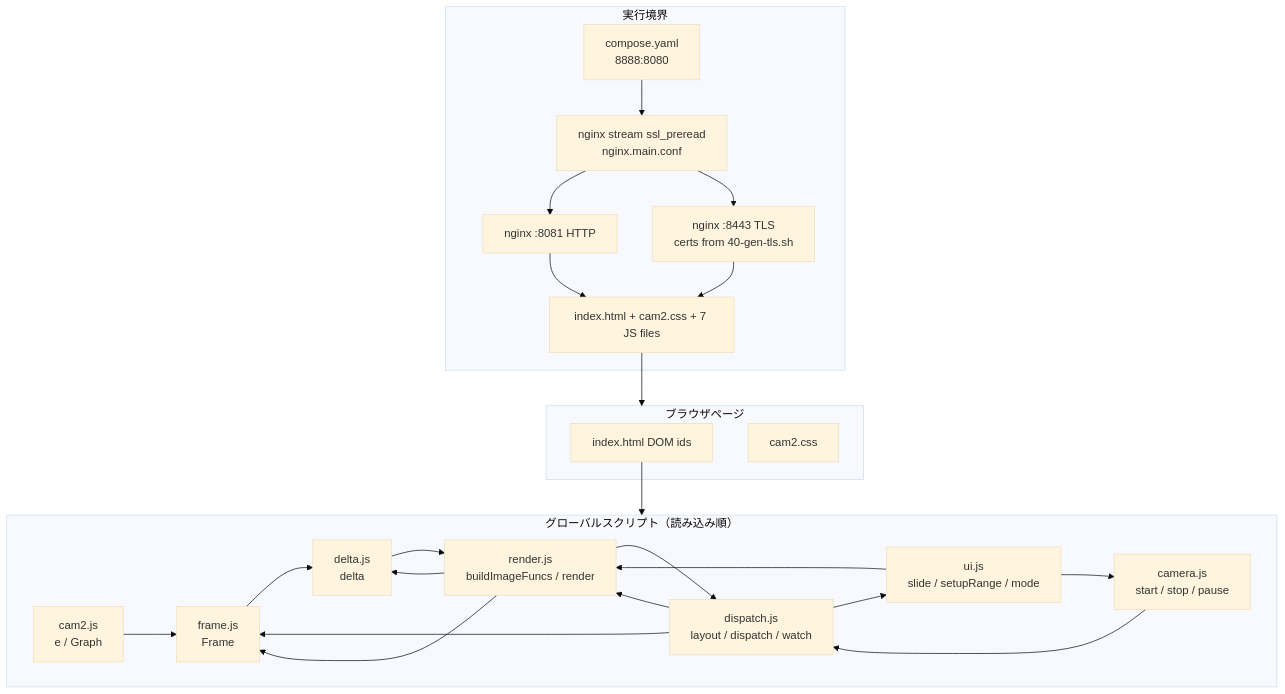
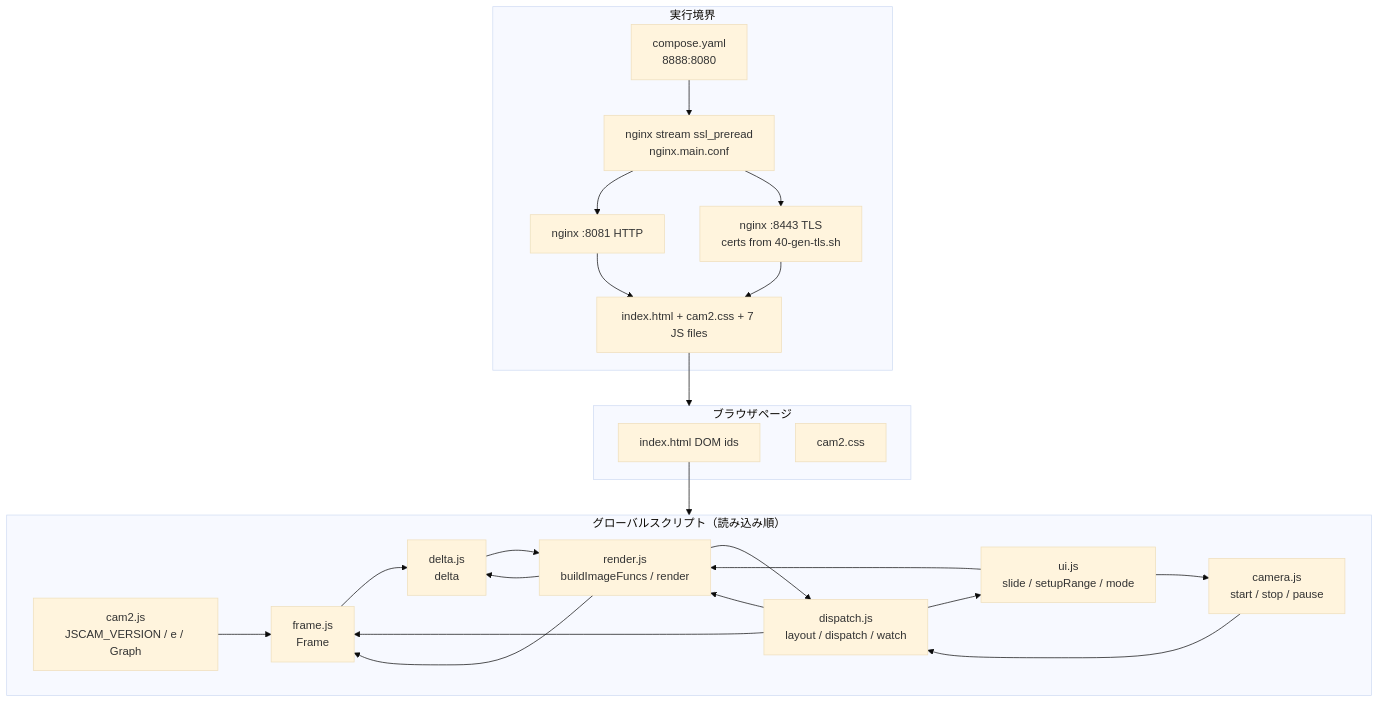
Before and after one commit to mfujimoto-code/JSCam: the first of 4 diagrams in jscam/cam2-design.md, drawn with Mermaid (base theme). The commit also changed other lines of this file and 5 other files, not shown here.

````diff
--- a/jscam/cam2-design.md
+++ b/jscam/cam2-design.md
@@ -159,42 +161,42 @@
 ```mermaid
 flowchart TB
   subgraph Runtime["実行境界"]
     Compose["compose.yaml<br/>8888:8080"]
     Stream["nginx stream ssl_preread<br/>nginx.main.conf"]
     HTTP["nginx :8081 HTTP"]
     TLS["nginx :8443 TLS<br/>certs from 40-gen-tls.sh"]
     Static["index.html + cam2.css + 7 JS files"]
     Compose --> Stream
     Stream --> HTTP
     Stream --> TLS
     HTTP --> Static
     TLS --> Static
   end
 
   subgraph Page["ブラウザページ"]
     HTML["index.html DOM ids"]
     CSS["cam2.css"]
   end
 
   Static --> Page
 
   subgraph Scripts["グローバルスクリプト（読み込み順）"]
-    Cam2["cam2.js<br/>e / Graph"]
+    Cam2["cam2.js<br/>JSCAM_VERSION / e / Graph"]
     FrameF["frame.js<br/>Frame"]
     DeltaF["delta.js<br/>delta"]
     RenderF["render.js<br/>buildImageFuncs / render"]
     DispF["dispatch.js<br/>layout / dispatch / watch"]
     UiF["ui.js<br/>slide / setupRange / mode"]
     CamF["camera.js<br/>start / stop / pause"]
     Cam2 --> FrameF --> DeltaF --> RenderF --> DispF --> UiF --> CamF
   end
 
   HTML --> Scripts
 
   DispF --> RenderF
   RenderF --> FrameF
   RenderF --> DeltaF
   DispF --> FrameF
   CamF --> DispF
   UiF --> RenderF
 ```
````
